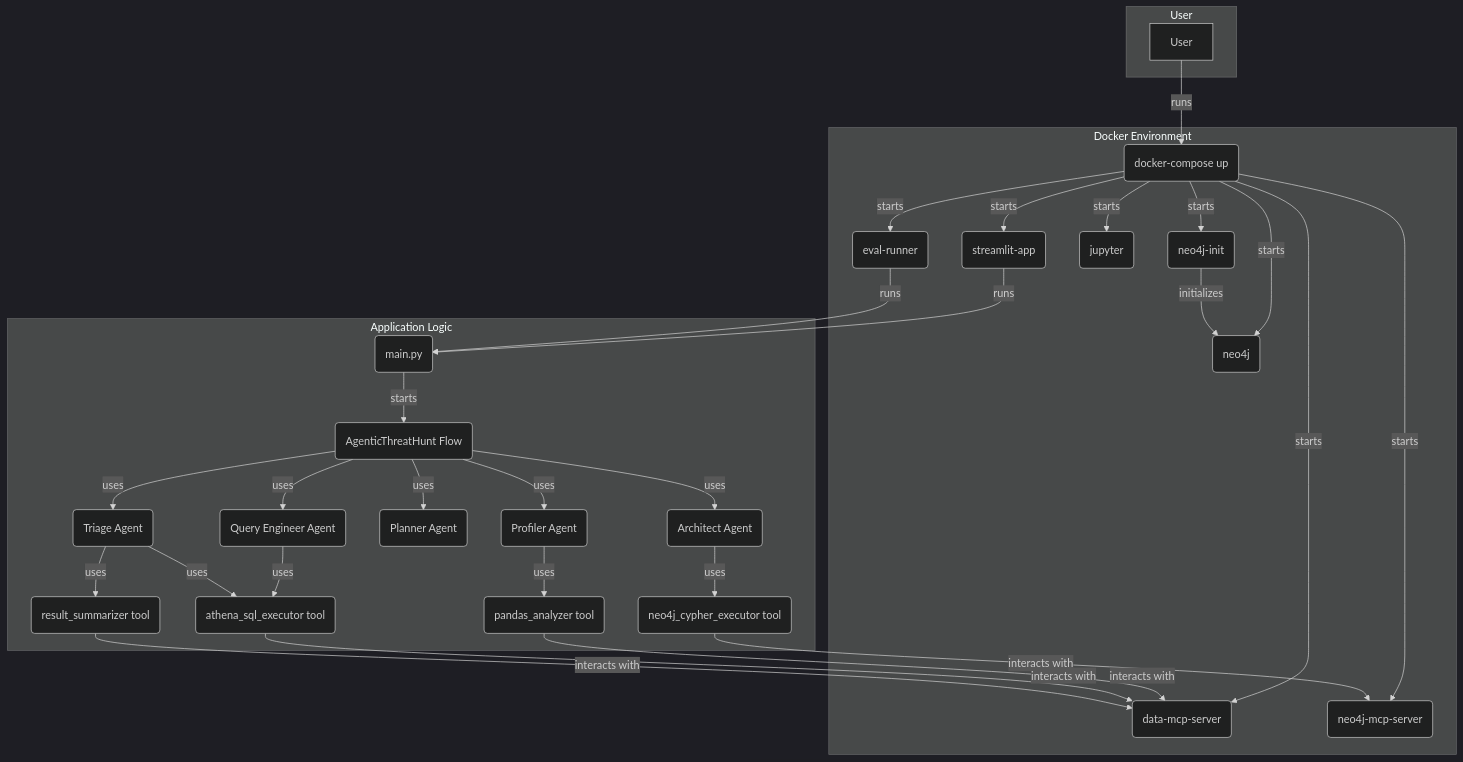
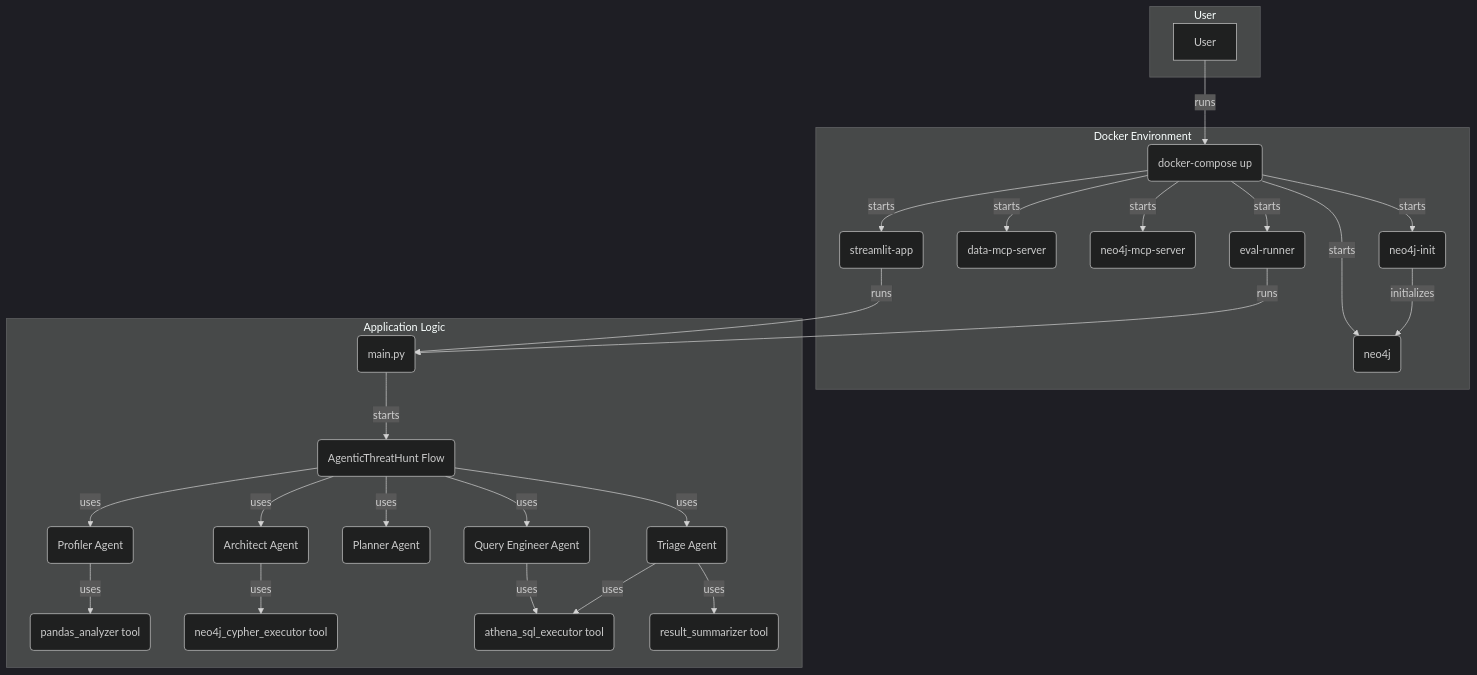
Before and after one commit to vishnupriyavr/ai-threat-hunting-query-generation: the diagram in docs/architecture.mmd, drawn with Mermaid (dark theme). The commit also changed 1 other file, not shown here.

Commit message:
Add latest docker compose details in READMe

````diff
--- a/docs/architecture.mmd
+++ b/docs/architecture.mmd
@@ -1,56 +1,50 @@
 ```mermaid
 graph TD
     subgraph User
         A[User]
     end
 
     subgraph "Docker Environment"
         B(docker-compose up)
         C(streamlit-app)
         D(data-mcp-server)
         E(neo4j-mcp-server)
         F(neo4j)
         G(neo4j-init)
-        H(jupyter)
         P(eval-runner)
     end
 
     subgraph "Application Logic"
         I(main.py)
         J(AgenticThreatHunt Flow)
         K(Profiler Agent)
         L(Architect Agent)
         M(Planner Agent)
         N(Query Engineer Agent)
         O(Triage Agent)
         S(pandas_analyzer tool)
         T(neo4j_cypher_executor tool)
         U(athena_sql_executor tool)
         V(result_summarizer tool)
     end
 
     A -- runs --> B
-    B -- starts --> C & D & E & F & G & H & P
+    B -- starts --> C & D & E & F & G & P
 
     G -- initializes --> F
     C -- runs --> I
     P -- runs --> I
 
     I -- starts --> J
 
     J -- uses --> K
     J -- uses --> L
     J -- uses --> M
     J -- uses --> N
     J -- uses --> O
 
     K -- uses --> S
     L -- uses --> T
     N -- uses --> U
     O -- uses --> U & V
-
-    S -- interacts with --> D
-    T -- interacts with --> E
-    U -- interacts with --> D
-    V -- interacts with --> D
 ```
````
